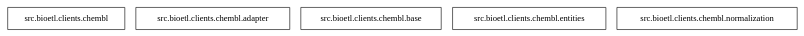
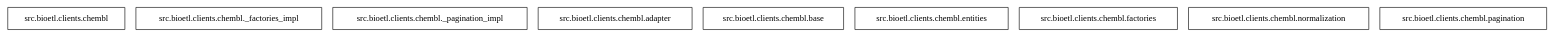
Before and after one commit to SatoryKono/bioactivity_data_acquisition: the diagram in packages_bioetl_clients_chembl.dot, drawn with Graphviz. The commit also changed 53 other files, not shown here.

```diff
--- a/packages_bioetl_clients_chembl.dot
+++ b/packages_bioetl_clients_chembl.dot
@@ -1,9 +1,13 @@
 digraph "packages_bioetl_clients_chembl" {
 rankdir=BT
 charset="utf-8"
 "src.bioetl.clients.chembl" [color="black", label=<src.bioetl.clients.chembl>, shape="box", style="solid"];
+"src.bioetl.clients.chembl._factories_impl" [color="black", label=<src.bioetl.clients.chembl._factories_impl>, shape="box", style="solid"];
+"src.bioetl.clients.chembl._pagination_impl" [color="black", label=<src.bioetl.clients.chembl._pagination_impl>, shape="box", style="solid"];
 "src.bioetl.clients.chembl.adapter" [color="black", label=<src.bioetl.clients.chembl.adapter>, shape="box", style="solid"];
 "src.bioetl.clients.chembl.base" [color="black", label=<src.bioetl.clients.chembl.base>, shape="box", style="solid"];
 "src.bioetl.clients.chembl.entities" [color="black", label=<src.bioetl.clients.chembl.entities>, shape="box", style="solid"];
+"src.bioetl.clients.chembl.factories" [color="black", label=<src.bioetl.clients.chembl.factories>, shape="box", style="solid"];
 "src.bioetl.clients.chembl.normalization" [color="black", label=<src.bioetl.clients.chembl.normalization>, shape="box", style="solid"];
+"src.bioetl.clients.chembl.pagination" [color="black", label=<src.bioetl.clients.chembl.pagination>, shape="box", style="solid"];
 }
```
